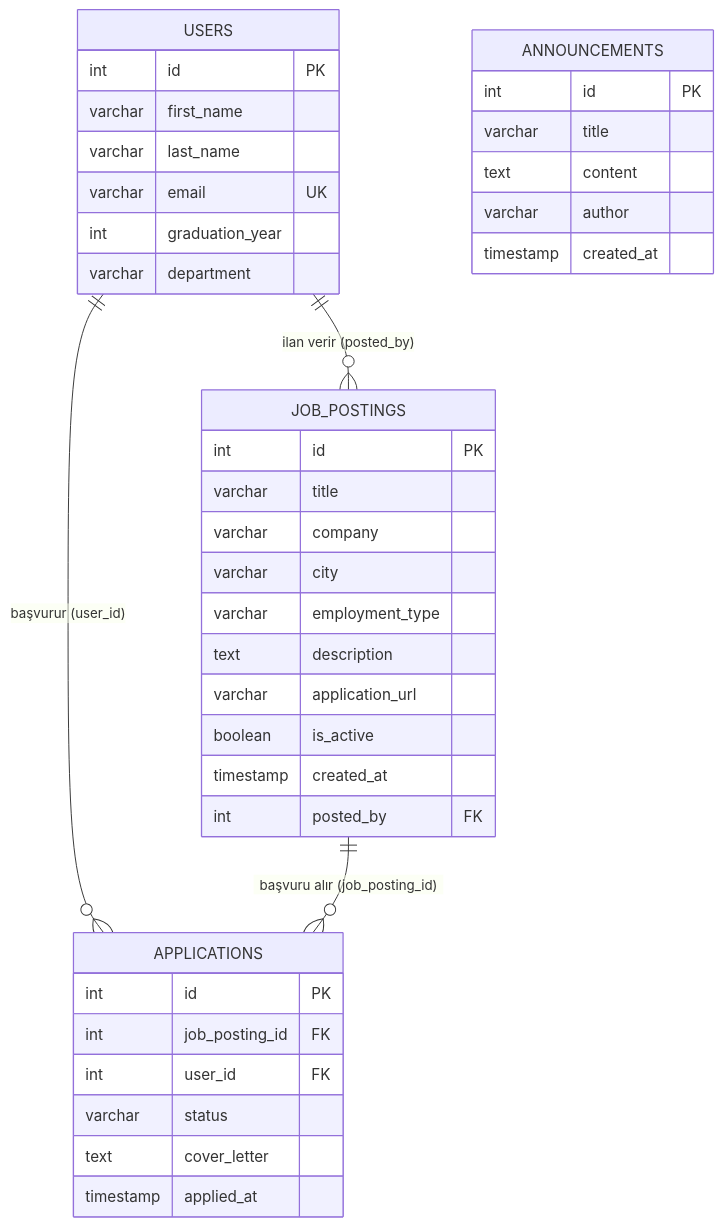
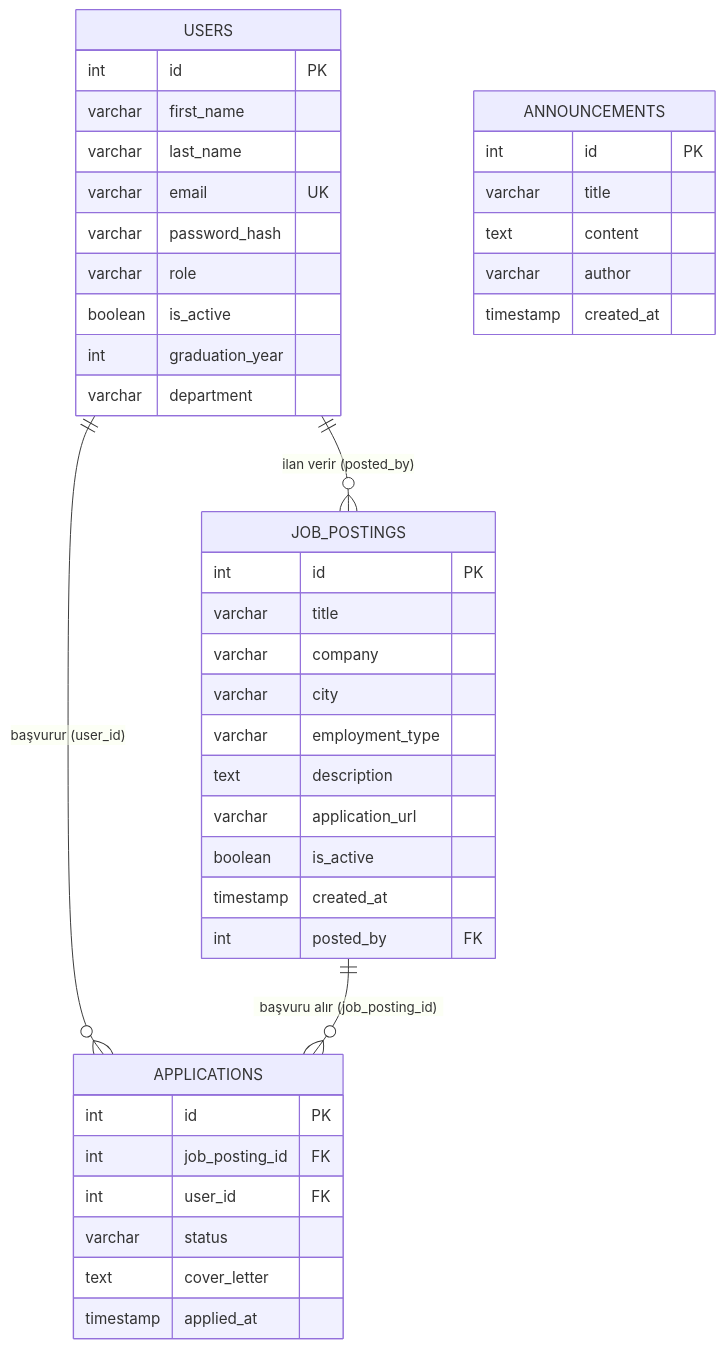
The first of 2 diagrams in ddd.md (aysetekgoz/Alumni), drawn with Mermaid before and after one commit. The commit also changed other lines of this file and 21 other files, not shown here.

````diff
--- a/ddd.md
+++ b/ddd.md
@@ -142,45 +146,48 @@
 ```mermaid
 erDiagram
     USERS {
         int id PK
         varchar first_name
         varchar last_name
         varchar email UK
+        varchar password_hash
+        varchar role
+        boolean is_active
         int graduation_year
         varchar department
     }
 
     ANNOUNCEMENTS {
         int id PK
         varchar title
         text content
         varchar author
         timestamp created_at
     }
 
     JOB_POSTINGS {
         int id PK
         varchar title
         varchar company
         varchar city
         varchar employment_type
         text description
         varchar application_url
         boolean is_active
         timestamp created_at
         int posted_by FK
     }
 
     APPLICATIONS {
         int id PK
         int job_posting_id FK
         int user_id FK
         varchar status
         text cover_letter
         timestamp applied_at
     }
 
     USERS ||--o{ JOB_POSTINGS : "ilan verir (posted_by)"
     USERS ||--o{ APPLICATIONS : "başvurur (user_id)"
     JOB_POSTINGS ||--o{ APPLICATIONS : "başvuru alır (job_posting_id)"
 ```
````
